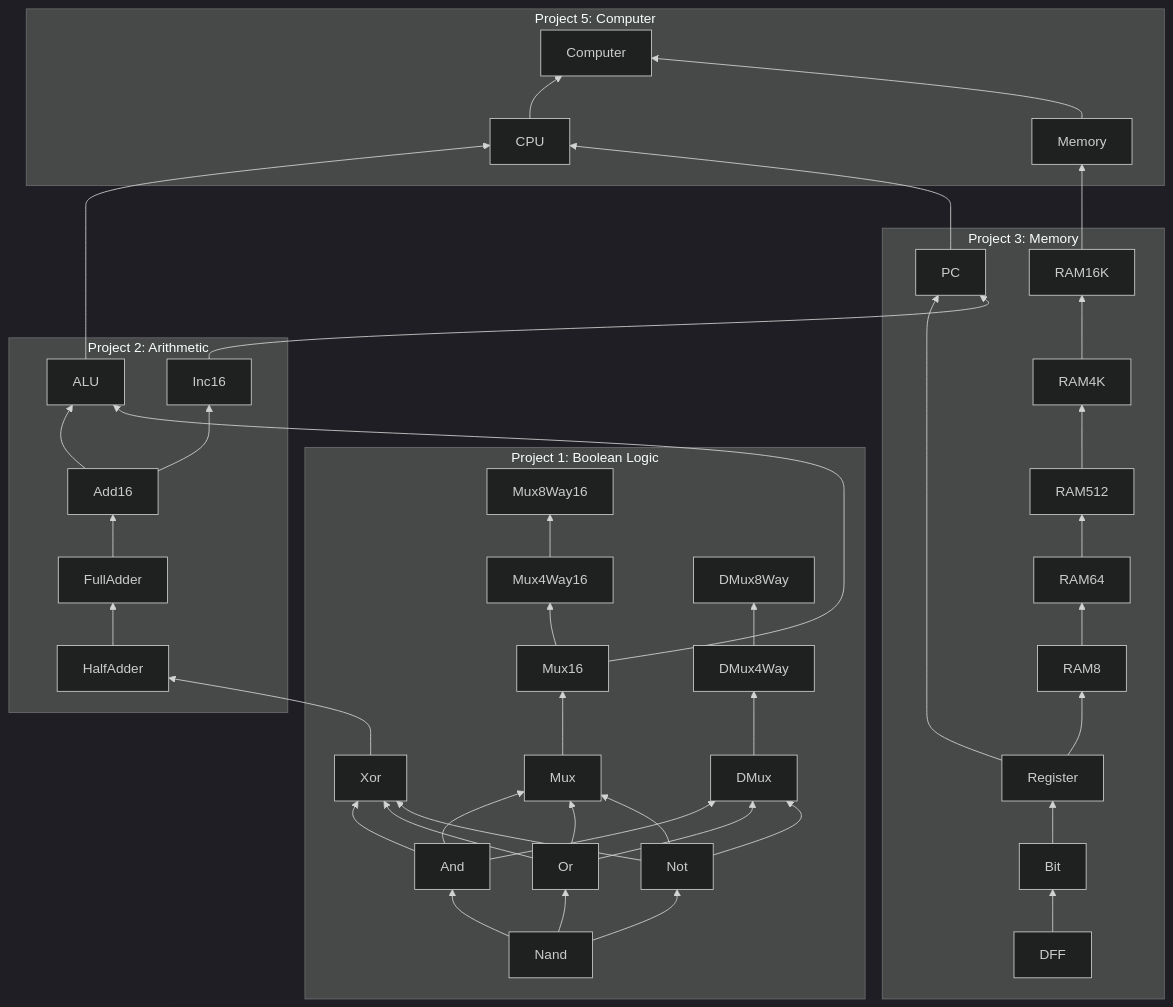
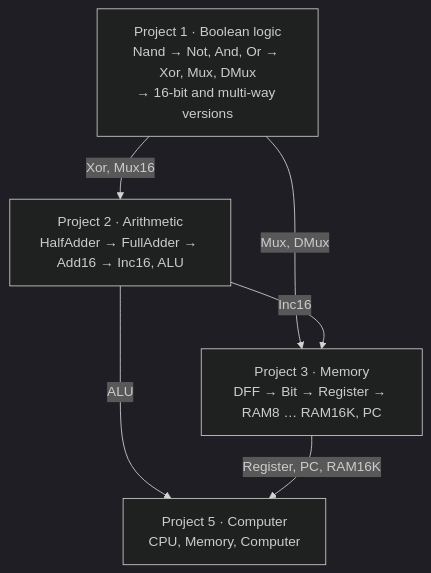
The first of 8 diagrams in README.md (spaceadler/nand2tetris), drawn with Mermaid (dark theme) before and after one commit. The commit also changed other lines of this file, not shown here.

Commit message:
README: narrower diagrams; memory and CPU each split into two

````diff
--- a/README.md
+++ b/README.md
@@ -15,27 +15,12 @@
 ```mermaid
-flowchart BT
-    subgraph P1["Project 1: Boolean Logic"]
-        Nand --> Not & And & Or
-        And & Or & Not --> Xor & Mux & DMux
-        Mux --> Mux16 --> Mux4Way16 --> Mux8Way16
-        DMux --> DMux4Way --> DMux8Way
-    end
-    subgraph P2["Project 2: Arithmetic"]
-        HalfAdder --> FullAdder --> Add16 --> Inc16
-        Add16 --> ALU
-    end
-    subgraph P3["Project 3: Memory"]
-        DFF --> Bit --> Register --> RAM8 --> RAM64 --> RAM512 --> RAM4K --> RAM16K
-        Register --> PC
-    end
-    subgraph P5["Project 5: Computer"]
-        CPU --> Computer
-        Memory --> Computer
-    end
-    Xor --> HalfAdder
-    Mux16 --> ALU
-    Inc16 --> PC
-    ALU --> CPU
-    PC --> CPU
-    RAM16K --> Memory
+flowchart TB
+    p1["Project 1 · Boolean logic<br/>Nand → Not, And, Or → Xor, Mux, DMux<br/>→ 16-bit and multi-way versions"]
+    p2["Project 2 · Arithmetic<br/>HalfAdder → FullAdder → Add16 → Inc16, ALU"]
+    p3["Project 3 · Memory<br/>DFF → Bit → Register → RAM8 … RAM16K, PC"]
+    p5["Project 5 · Computer<br/>CPU, Memory, Computer"]
+    p1 -->|"Xor, Mux16"| p2
+    p1 -->|"Mux, DMux"| p3
+    p2 -->|"Inc16"| p3
+    p2 -->|"ALU"| p5
+    p3 -->|"Register, PC, RAM16K"| p5
 ```
````
